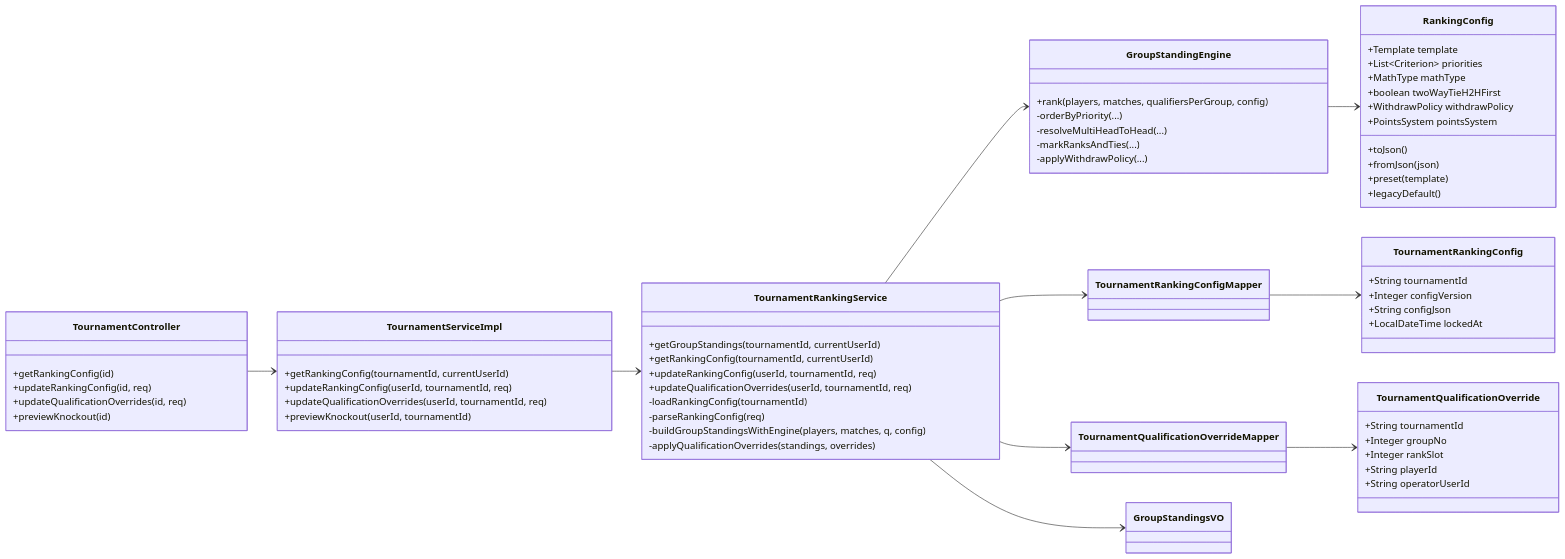
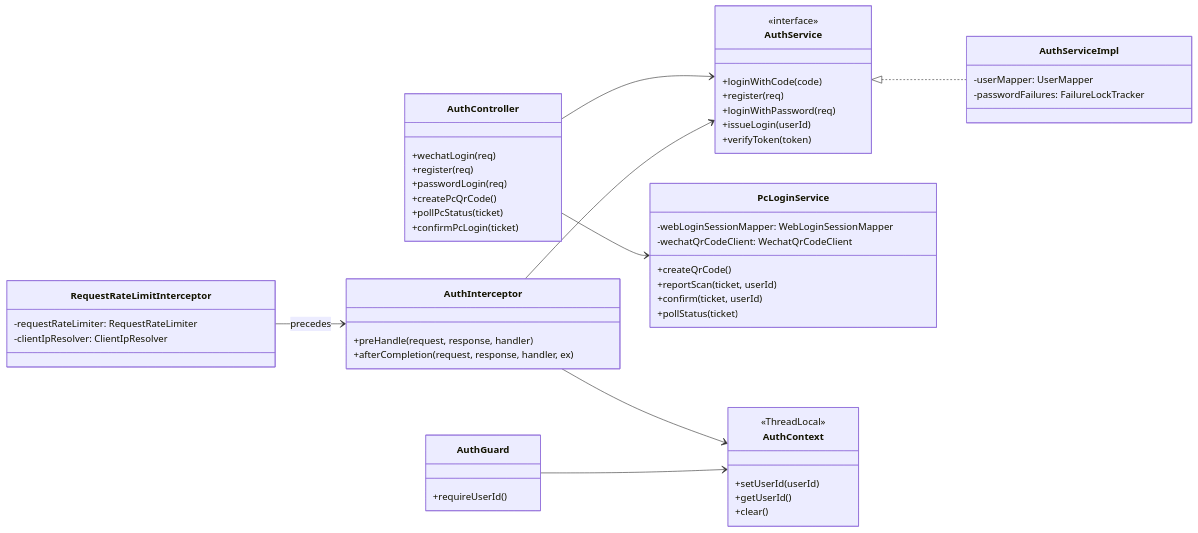
The ninth of 10 diagrams in docs/类图.md (lijingyuu/Scoring), drawn with Mermaid before and after one commit. The commit also changed other lines of this file and 34 other files, not shown here.

First line of the commit message:
fix(review): 全链路审查缺陷修复与领域类图架构治理

````diff
--- a/docs/类图.md
+++ b/docs/类图.md
@@ -715,79 +727,65 @@
 ```mermaid
 classDiagram
 direction LR
 
-class TournamentController {
-  +getRankingConfig(id)
-  +updateRankingConfig(id, req)
-  +updateQualificationOverrides(id, req)
-  +previewKnockout(id)
+class AuthController {
+  +wechatLogin(req)
+  +register(req)
+  +passwordLogin(req)
+  +createPcQrCode()
+  +pollPcStatus(ticket)
+  +confirmPcLogin(ticket)
 }
 
-class TournamentServiceImpl {
-  +getRankingConfig(tournamentId, currentUserId)
-  +updateRankingConfig(userId, tournamentId, req)
-  +updateQualificationOverrides(userId, tournamentId, req)
-  +previewKnockout(userId, tournamentId)
+class AuthService {
+  <<interface>>
+  +loginWithCode(code)
+  +register(req)
+  +loginWithPassword(req)
+  +issueLogin(userId)
+  +verifyToken(token)
 }
 
-class TournamentRankingService {
-  +getGroupStandings(tournamentId, currentUserId)
-  +getRankingConfig(tournamentId, currentUserId)
-  +updateRankingConfig(userId, tournamentId, req)
-  +updateQualificationOverrides(userId, tournamentId, req)
-  -loadRankingConfig(tournamentId)
-  -parseRankingConfig(req)
-  -buildGroupStandingsWithEngine(players, matches, q, config)
-  -applyQualificationOverrides(standings, overrides)
+class AuthServiceImpl {
+  -userMapper: UserMapper
+  -passwordFailures: FailureLockTracker
 }
 
-class GroupStandingEngine {
-  +rank(players, matches, qualifiersPerGroup, config)
-  -orderByPriority(...)
-  -resolveMultiHeadToHead(...)
-  -markRanksAndTies(...)
-  -applyWithdrawPolicy(...)
+class PcLoginService {
+  -webLoginSessionMapper: WebLoginSessionMapper
+  -wechatQrCodeClient: WechatQrCodeClient
+  +createQrCode()
+  +reportScan(ticket, userId)
+  +confirm(ticket, userId)
+  +pollStatus(ticket)
 }
 
-class RankingConfig {
-  +Template template
-  +List~Criterion~ priorities
-  +MathType mathType
-  +boolean twoWayTieH2HFirst
-  +WithdrawPolicy withdrawPolicy
-  +PointsSystem pointsSystem
-  +toJson()
-  +fromJson(json)
-  +preset(template)
-  +legacyDefault()
+class AuthInterceptor {
+  +preHandle(request, response, handler)
+  +afterCompletion(request, response, handler, ex)
 }
 
-class TournamentRankingConfig {
-  +String tournamentId
-  +Integer configVersion
-  +String configJson
-  +LocalDateTime lockedAt
+class AuthGuard {
+  +requireUserId()
 }
 
-class TournamentQualificationOverride {
-  +String tournamentId
-  +Integer groupNo
-  +Integer rankSlot
-  +String playerId
-  +String operatorUserId
+class AuthContext {
+  <<ThreadLocal>>
+  +setUserId(userId)
+  +getUserId()
+  +clear()
 }
 
-class TournamentRankingConfigMapper
-class TournamentQualificationOverrideMapper
-class GroupStandingsVO
+class RequestRateLimitInterceptor {
+  -requestRateLimiter: RequestRateLimiter
+  -clientIpResolver: ClientIpResolver
+}
 
-TournamentController --> TournamentServiceImpl
-TournamentServiceImpl --> TournamentRankingService
-TournamentRankingService --> GroupStandingEngine
-GroupStandingEngine --> RankingConfig
-TournamentRankingService --> TournamentRankingConfigMapper
-TournamentRankingService --> TournamentQualificationOverrideMapper
-TournamentRankingConfigMapper --> TournamentRankingConfig
-TournamentQualificationOverrideMapper --> TournamentQualificationOverride
-TournamentRankingService --> GroupStandingsVO
+AuthController --> AuthService
+AuthController --> PcLoginService
+AuthService <|.. AuthServiceImpl
+AuthInterceptor --> AuthService
+AuthInterceptor --> AuthContext
+AuthGuard --> AuthContext
+RequestRateLimitInterceptor --> AuthInterceptor : precedes
 ```
````
